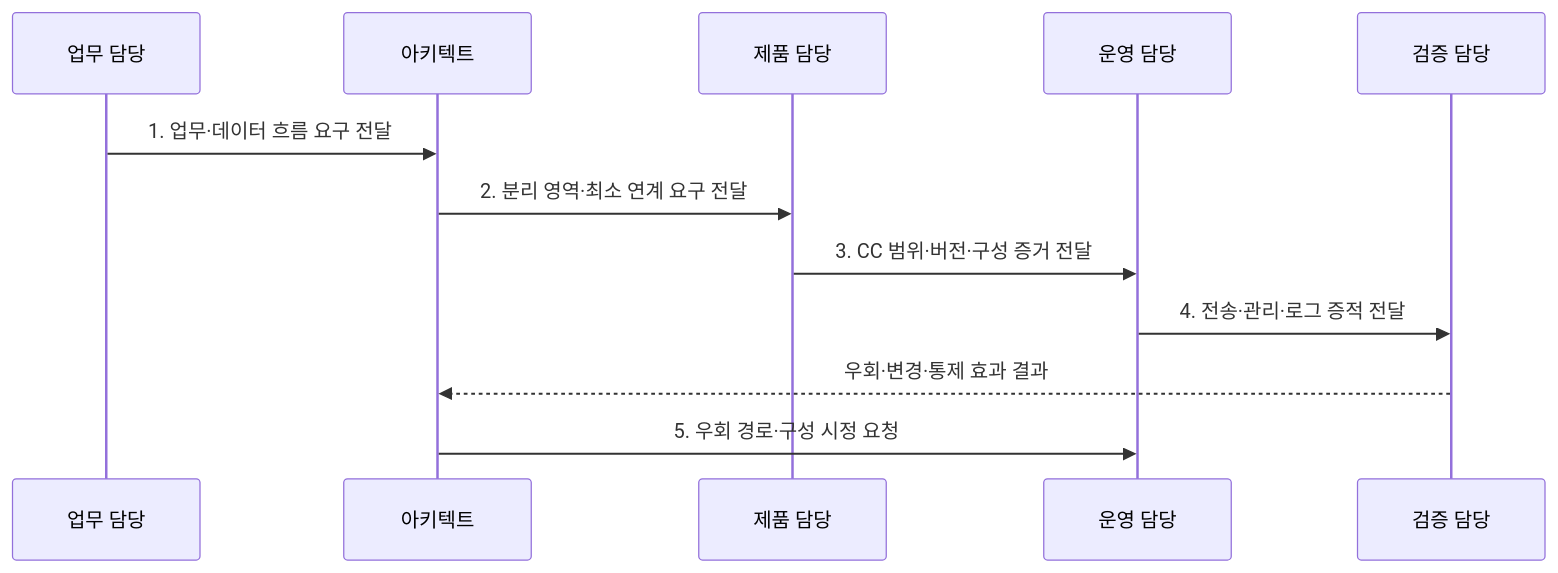
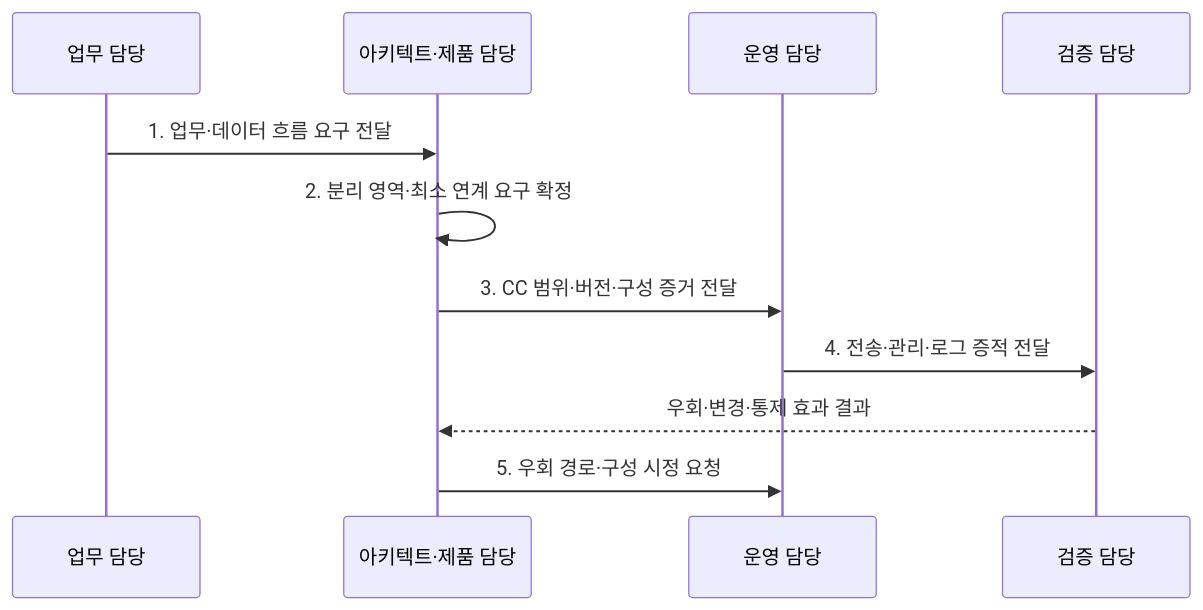
One commit to agnusdei1207/knowledge-base changed the second of 2 diagrams in src/content/docs/notes/05-security/118_network_separation_cc.md. Above: the diagram before and after it, drawn with Mermaid. The commit also changed other lines of this file and 3 other files, not shown here.

Commit message:
Simplify security lifecycle sequences

````diff
--- a/src/content/docs/notes/05-security/118_network_separation_cc.md
+++ b/src/content/docs/notes/05-security/118_network_separation_cc.md
@@ -98,14 +98,13 @@
 ```mermaid
 sequenceDiagram
   participant B as 업무 담당
-  participant A as 아키텍트
-  participant P as 제품 담당
+  participant A as 아키텍트·제품 담당
   participant O as 운영 담당
   participant V as 검증 담당
   B->>A: 1. 업무·데이터 흐름 요구 전달
-  A->>P: 2. 분리 영역·최소 연계 요구 전달
-  P->>O: 3. CC 범위·버전·구성 증거 전달
+  A->>A: 2. 분리 영역·최소 연계 요구 확정
+  A->>O: 3. CC 범위·버전·구성 증거 전달
   O->>V: 4. 전송·관리·로그 증적 전달
   V-->>A: 우회·변경·통제 효과 결과
   A->>O: 5. 우회 경로·구성 시정 요청
 ```
````
